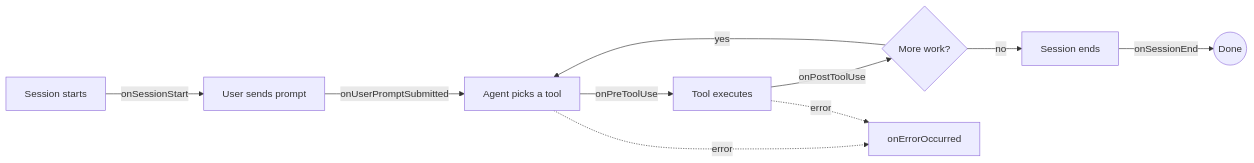
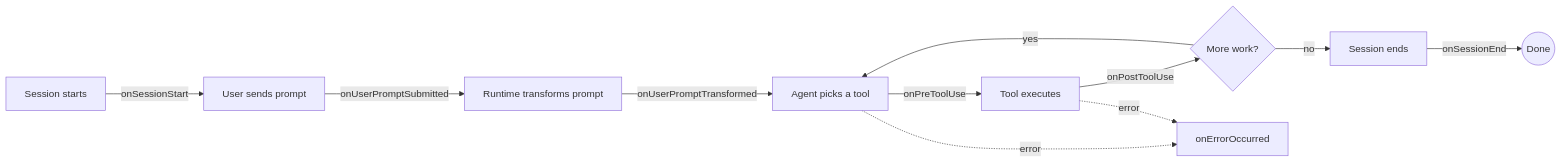
Before and after one commit to github/copilot-sdk: the diagram in docs/features/hooks.md, drawn with Mermaid. The commit also changed other lines of this file and 31 other files, not shown here.

First line of the commit message:
Add userPromptTransformed hook to all SDKs (#2254)

````diff
--- a/docs/features/hooks.md
+++ b/docs/features/hooks.md
@@ -9,12 +9,13 @@
 ```mermaid
 flowchart LR
     A[Session starts] -->|onSessionStart| B[User sends prompt]
-    B -->|onUserPromptSubmitted| C[Agent picks a tool]
-    C -->|onPreToolUse| D[Tool executes]
-    D -->|onPostToolUse| E{More work?}
-    E -->|yes| C
-    E -->|no| F[Session ends]
-    F -->|onSessionEnd| G((Done))
-    C -.->|error| H[onErrorOccurred]
-    D -.->|error| H
+    B -->|onUserPromptSubmitted| C[Runtime transforms prompt]
+    C -->|onUserPromptTransformed| D[Agent picks a tool]
+    D -->|onPreToolUse| E[Tool executes]
+    E -->|onPostToolUse| F{More work?}
+    F -->|yes| D
+    F -->|no| G[Session ends]
+    G -->|onSessionEnd| H((Done))
+    D -.->|error| I[onErrorOccurred]
+    E -.->|error| I
 ```
````
